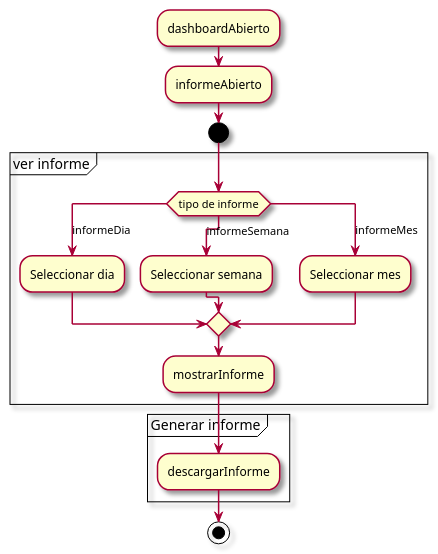
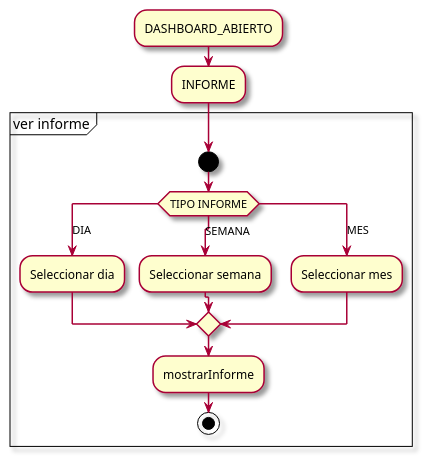
The diagram in modelosUML/casosDeUso/detalles/verInforme.puml (mmasias/23-24-IdSw1-SDR), drawn with PlantUML before and after one commit. The commit also changed 2 other files, not shown here.

Commit message:
modificando-caso-de-uso-ver-informe

```diff
--- a/modelosUML/casosDeUso/detalles/verInforme.puml
+++ b/modelosUML/casosDeUso/detalles/verInforme.puml
@@ -1,29 +1,22 @@
-@startuml
+@startuml descripción CDU informe
 
 skin rose
 
-  :dashboardAbierto;
-  :informeAbierto;
+  :DASHBOARD_ABIERTO;
+  :INFORME;
   
+partition "ver informe" {
   start
-partition "ver informe" {
-
-  switch(tipo de informe)
-    case(informeDia)
+  switch(TIPO INFORME)
+    case(DIA)
      :Seleccionar dia;
-    case(informeSemana)
+    case(SEMANA)
      :Seleccionar semana;
-    case(informeMes)
+    case(MES)
      :Seleccionar mes;
   endswitch
 
   :mostrarInforme;
+  stop
 }
-
-partition "Generar informe" {
-
-  :descargarInforme;
-}
-stop
-
 @enduml
```
